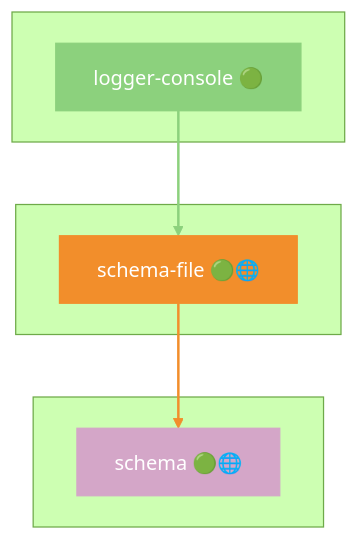
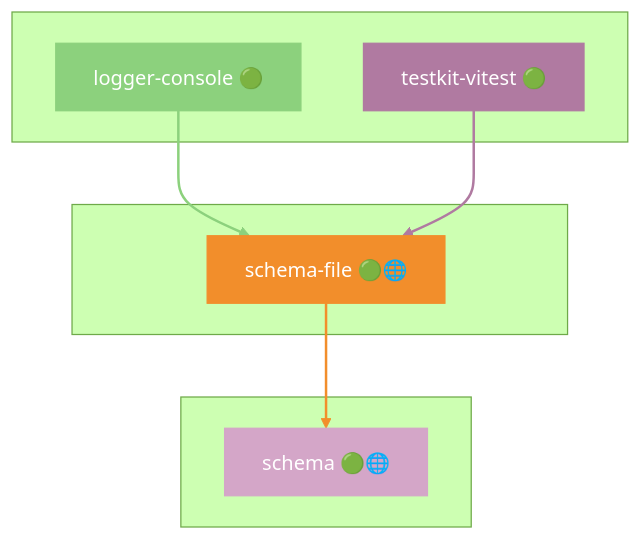
One commit to grest-ts/grest-ts changed diagram 39 of 47 in docs/DEPENDENCIES.md. Above: the diagram before and after it, drawn with Mermaid (forest theme). The commit also changed other lines of this file and 93 other files, not shown here.

````diff
--- a/docs/DEPENDENCIES.md
+++ b/docs/DEPENDENCIES.md
@@ -1945,19 +1989,23 @@
 ```mermaid
 flowchart TB
     subgraph Dependents[" "]
         logger-console["logger-console 🟢"]
+        testkit-vitest["testkit-vitest 🟢"]
     end
     subgraph Package[" "]
         schema-file["schema-file 🟢🌐"]
     end
     subgraph Dependencies[" "]
         schema["schema 🟢🌐"]
     end
     logger-console --> schema-file
+    testkit-vitest --> schema-file
     schema-file --> schema
     style schema-file fill:#F28E2B,stroke:#F28E2B,color:#fff
     style logger-console fill:#8CD17D,stroke:#8CD17D,color:#fff
+    style testkit-vitest fill:#B07AA1,stroke:#B07AA1,color:#fff
     style schema fill:#D4A6C8,stroke:#D4A6C8,color:#fff
     linkStyle 0 stroke:#8CD17D,stroke-width:2px
-    linkStyle 1 stroke:#F28E2B,stroke-width:2px
+    linkStyle 1 stroke:#B07AA1,stroke-width:2px
+    linkStyle 2 stroke:#F28E2B,stroke-width:2px
 ```
````
